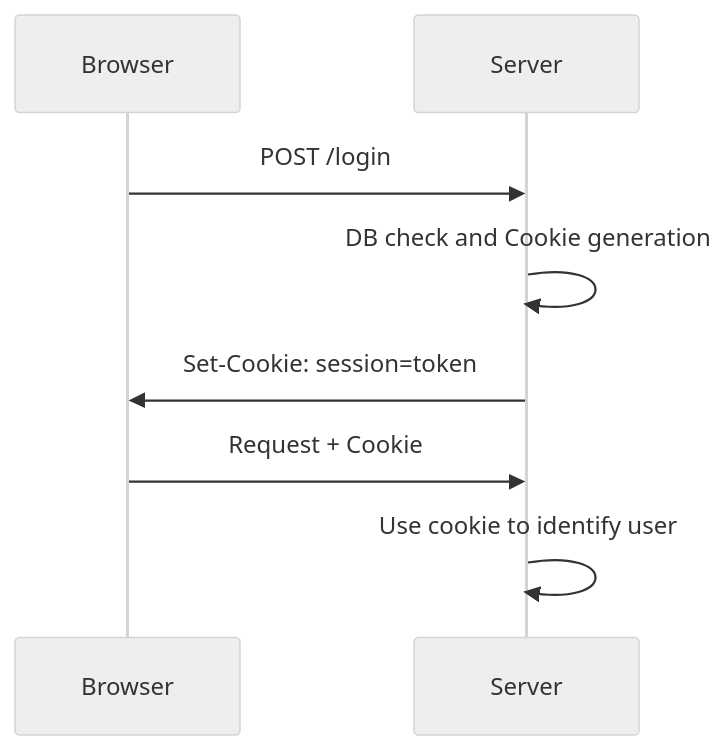
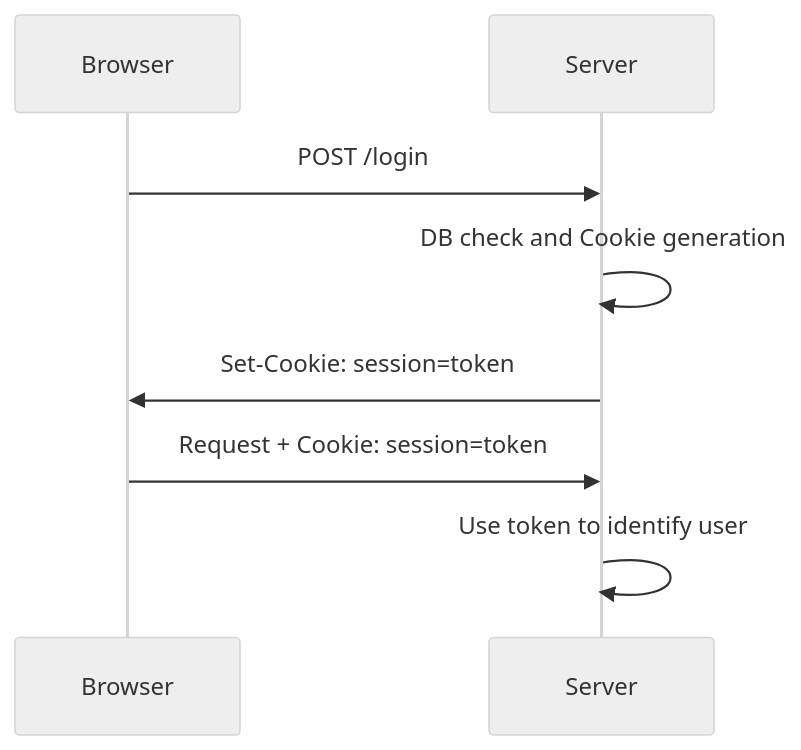
One commit to ECAM-Brussels/e-cam changed the diagram in content/LW3L/slides/05-sessions.md. Above: the diagram before and after it, drawn with Mermaid (neutral theme). The commit also changed other lines of this file, not shown here.

Commit message:
lw3l: Improve session on sessions

````diff
--- a/content/LW3L/slides/05-sessions.md
+++ b/content/LW3L/slides/05-sessions.md
@@ -158,10 +230,10 @@
 ```mermaid
 sequenceDiagram
   participant browser as Browser
   participant server as Server
   browser ->> server: POST /login
   server ->> server: DB check and Cookie generation
   server ->> browser: Set-Cookie: session=token;
-  browser ->> server: Request + Cookie
-  server ->> server: Use cookie to identify user
+  browser ->> server: Request + Cookie: session=token
+  server ->> server: Use token to identify user
 ```
````
